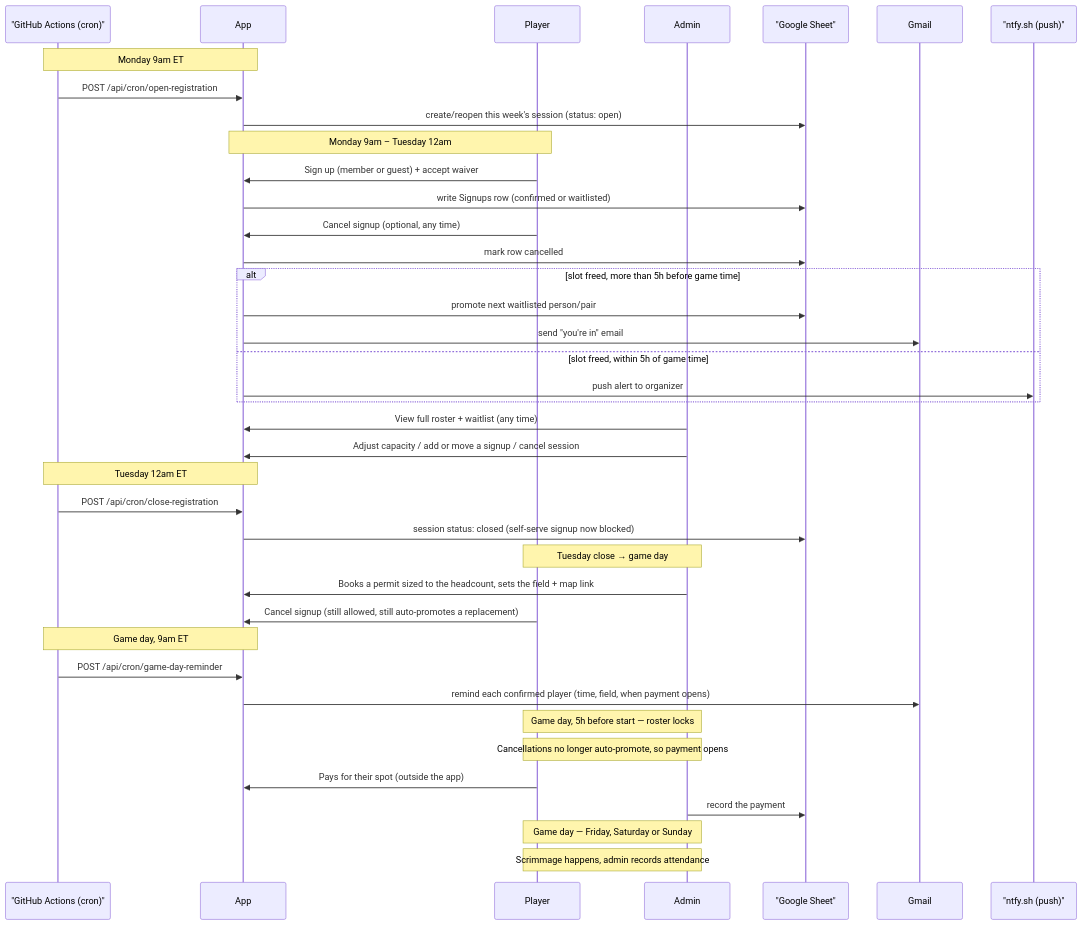
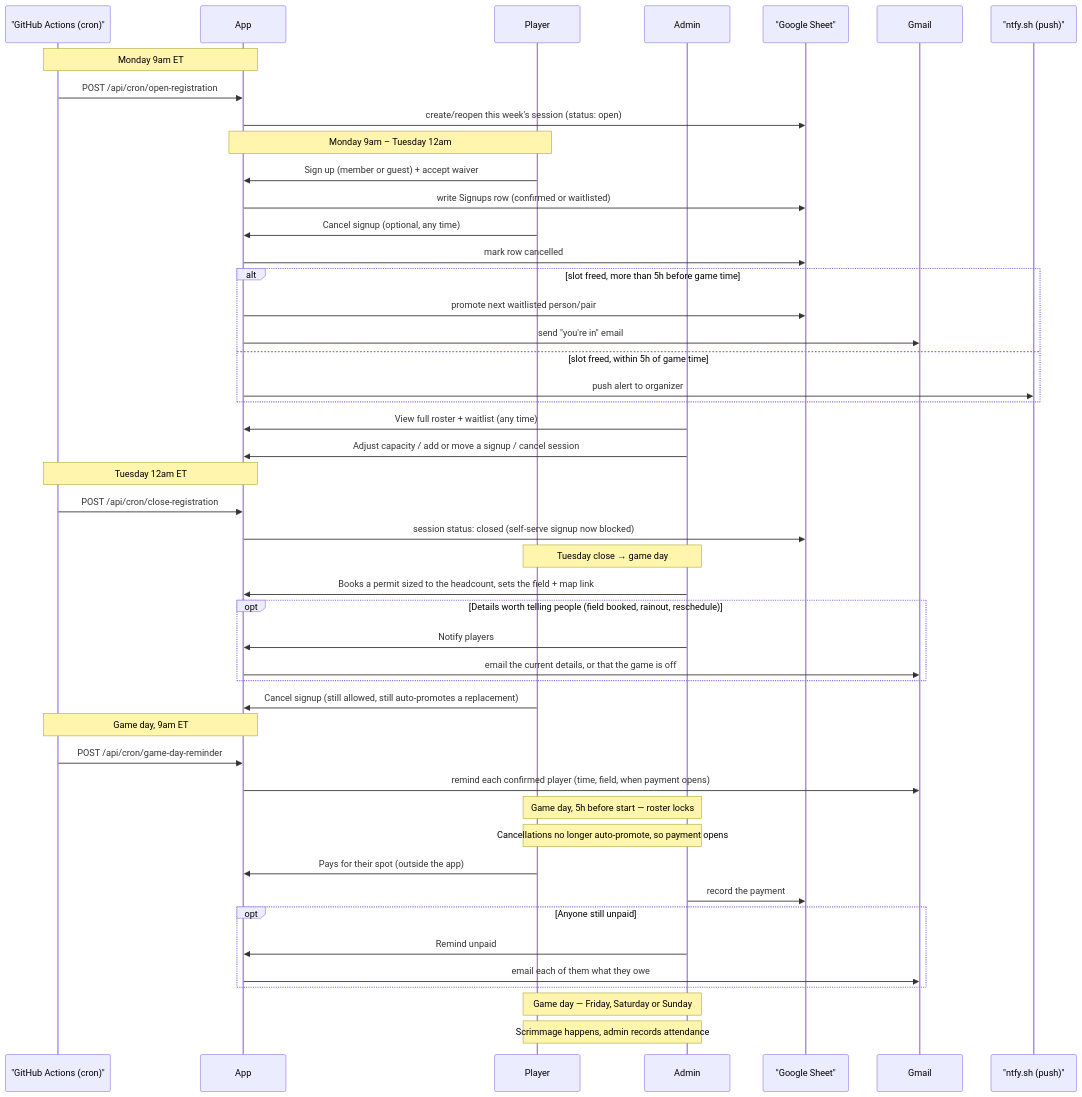
Before and after one commit to jhwchung99/weekly-softball-scrimmage: the diagram in README.md, drawn with Mermaid. The commit also changed other lines of this file and 13 other files, not shown here.

First line of the commit message:
feat: add admin buttons to notify players and chase unpaid ones

````diff
--- a/README.md
+++ b/README.md
@@ -43,49 +45,57 @@
 ```mermaid
 sequenceDiagram
     participant Cron as "GitHub Actions (cron)"
     participant App
     participant Player
     participant Admin
     participant Sheet as "Google Sheet"
     participant Gmail
     participant Ntfy as "ntfy.sh (push)"
 
     Note over Cron,App: Monday 9am ET
     Cron->>App: POST /api/cron/open-registration
     App->>Sheet: create/reopen this week's session (status: open)
 
     Note over Player,App: Monday 9am – Tuesday 12am
     Player->>App: Sign up (member or guest) + accept waiver
     App->>Sheet: write Signups row (confirmed or waitlisted)
     Player->>App: Cancel signup (optional, any time)
     App->>Sheet: mark row cancelled
     alt slot freed, more than 5h before game time
         App->>Sheet: promote next waitlisted person/pair
         App->>Gmail: send "you're in" email
     else slot freed, within 5h of game time
         App->>Ntfy: push alert to organizer
     end
 
     Admin->>App: View full roster + waitlist (any time)
     Admin->>App: Adjust capacity / add or move a signup / cancel session
 
     Note over Cron,App: Tuesday 12am ET
     Cron->>App: POST /api/cron/close-registration
     App->>Sheet: session status: closed (self-serve signup now blocked)
 
     Note over Player,Admin: Tuesday close → game day
     Admin->>App: Books a permit sized to the headcount, sets the field + map link
+    opt Details worth telling people (field booked, rainout, reschedule)
+        Admin->>App: Notify players
+        App->>Gmail: email the current details, or that the game is off
+    end
     Player->>App: Cancel signup (still allowed, still auto-promotes a replacement)
 
     Note over Cron,App: Game day, 9am ET
     Cron->>App: POST /api/cron/game-day-reminder
     App->>Gmail: remind each confirmed player (time, field, when payment opens)
 
     Note over Player,Admin: Game day, 5h before start — roster locks
     Note over Player,Admin: Cancellations no longer auto-promote, so payment opens
     Player->>App: Pays for their spot (outside the app)
     Admin->>Sheet: record the payment
+    opt Anyone still unpaid
+        Admin->>App: Remind unpaid
+        App->>Gmail: email each of them what they owe
+    end
 
     Note over Player,Admin: Game day — Friday, Saturday or Sunday
     Note over Player,Admin: Scrimmage happens, admin records attendance
 ```
````
